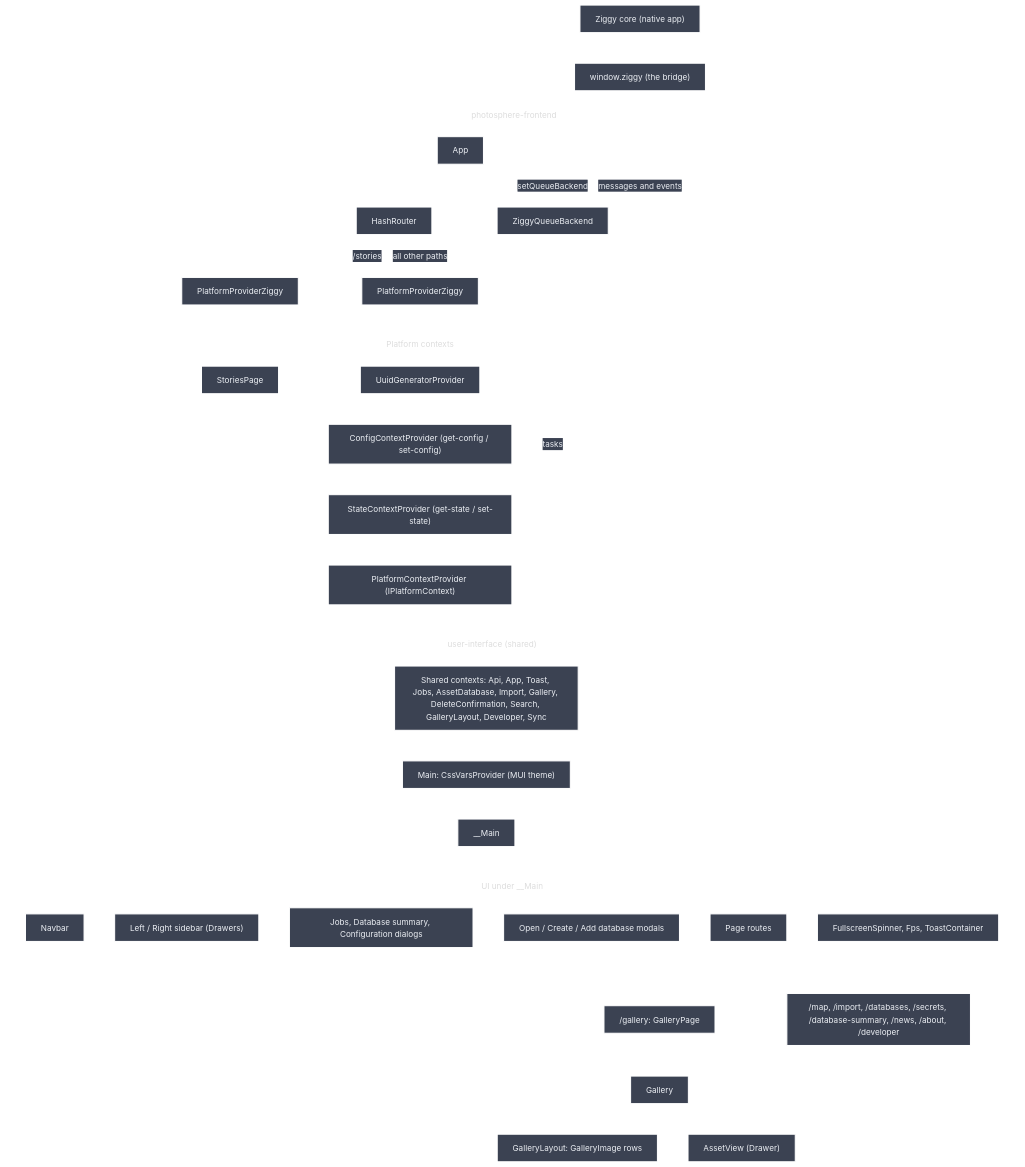
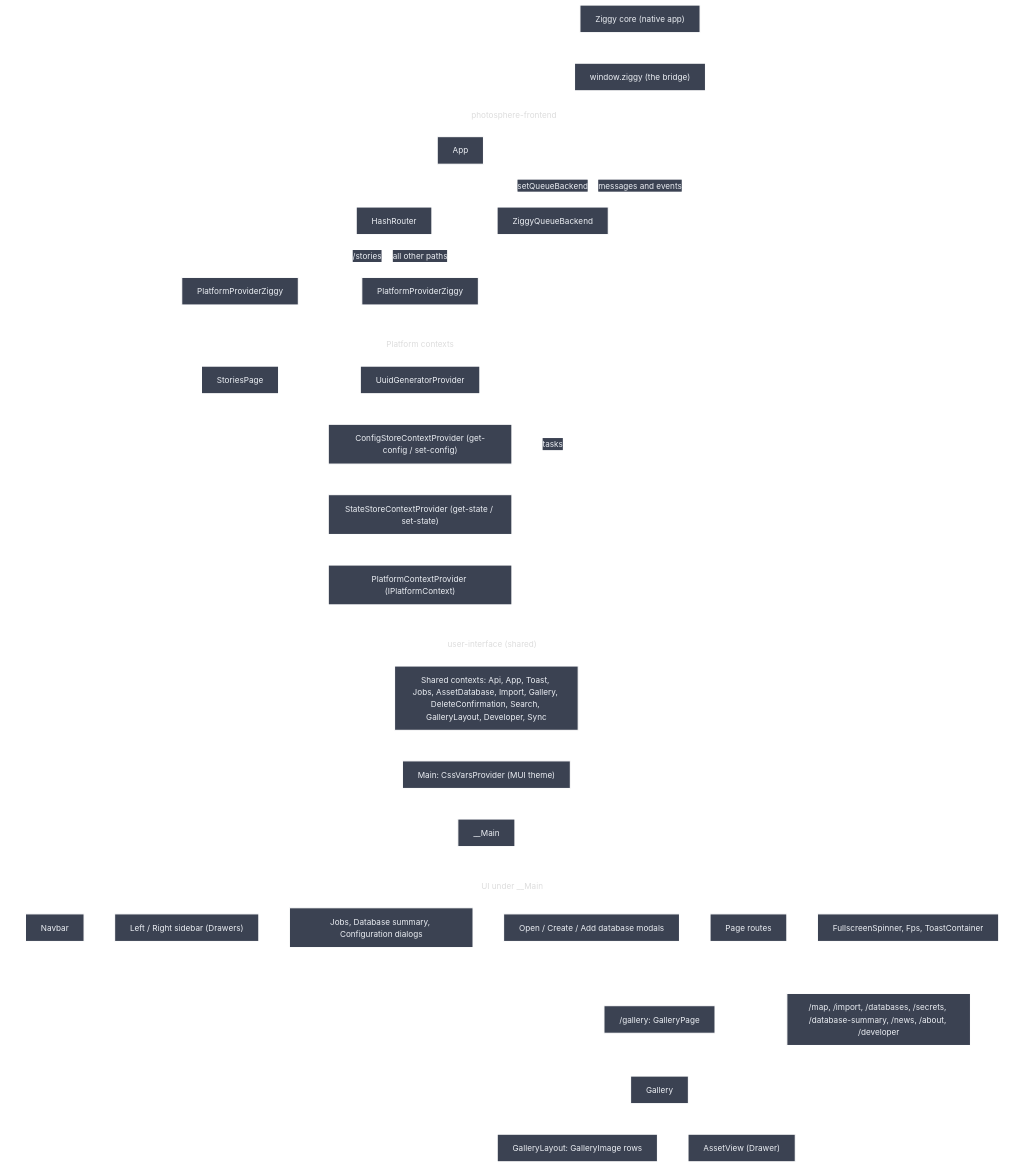
The second of 2 diagrams in docs/frontend.md (ashleydavis/photosphere), drawn with Mermaid before and after one commit. The commit also changed other lines of this file and 19 other files, not shown here.

```diff
--- a/docs/frontend.md
+++ b/docs/frontend.md
@@ -52,8 +52,8 @@
 
     subgraph platformCtx["Platform contexts"]
         uuid["UuidGeneratorProvider"]
-        config["ConfigContextProvider (get-config / set-config)"]
-        state["StateContextProvider (get-state / set-state)"]
+        config["ConfigStoreContextProvider (get-config / set-config)"]
+        state["StateStoreContextProvider (get-state / set-state)"]
         platform["PlatformContextProvider (IPlatformContext)"]
         uuid --> config --> state --> platform
     end
```
